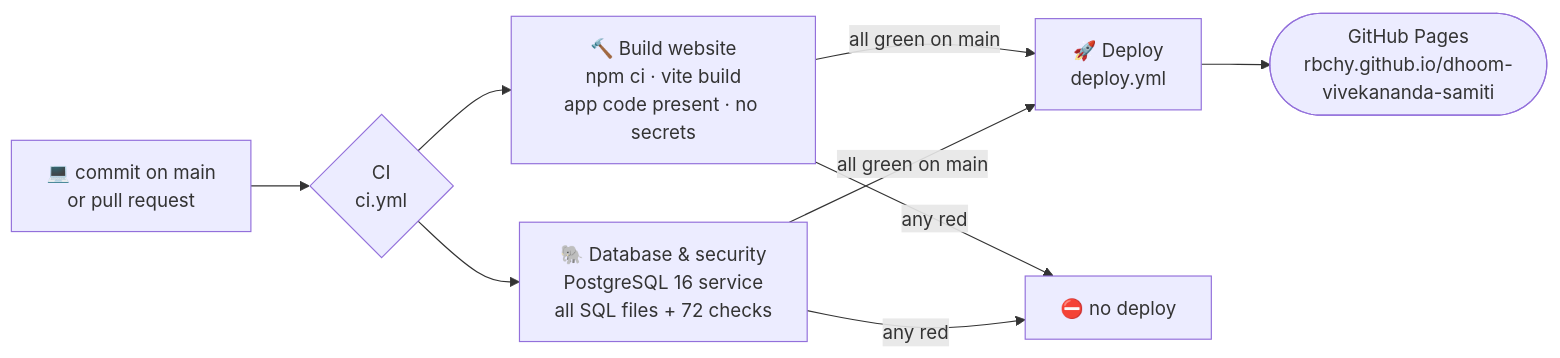
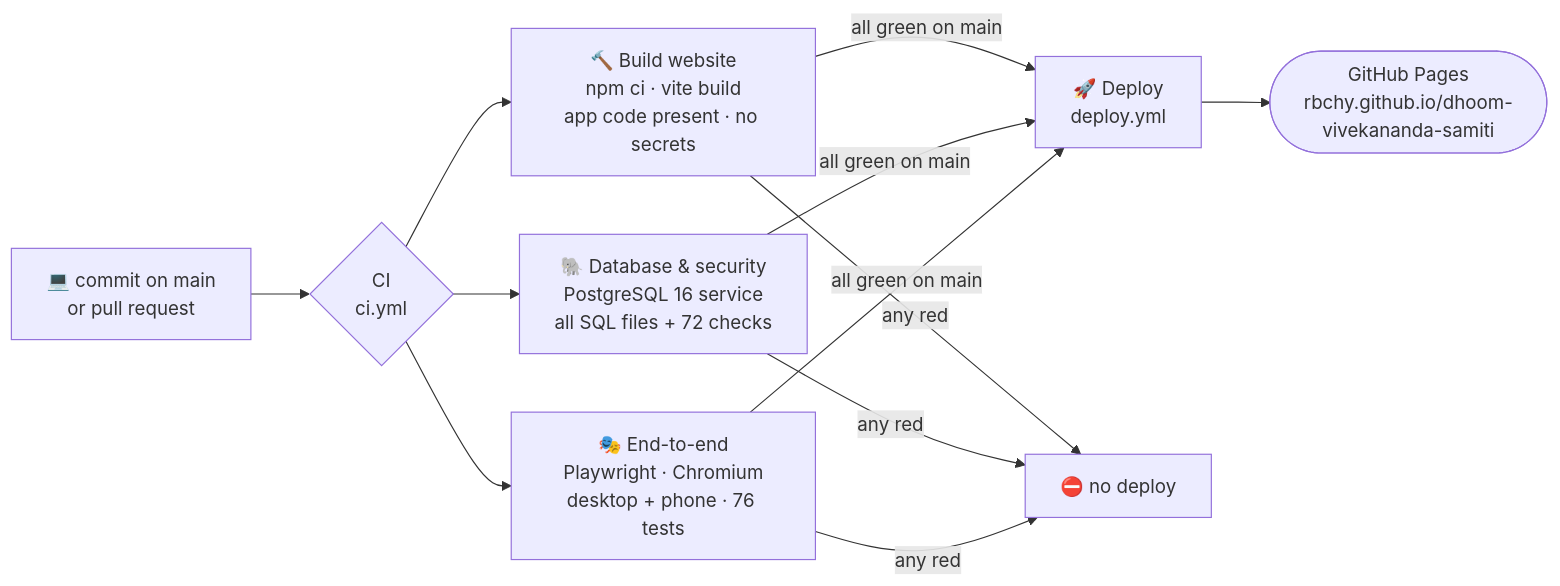
One commit to rbchy/dhoom-vivekananda-samiti changed the fifth of 7 diagrams in README.md. Above: the diagram before and after it, drawn with Mermaid. The commit also changed other lines of this file and 17 other files, not shown here.

First line of the commit message:
Playwright end-to-end tests: 76 tests on desktop and phone (#1)

````diff
--- a/README.md
+++ b/README.md
@@ -286,9 +287,10 @@
 ```mermaid
 flowchart LR
   DEV["💻 commit on main<br/>or pull request"] --> CI{"CI<br/>ci.yml"}
   CI --> J1["🔨 Build website<br/>npm ci · vite build<br/>app code present · no secrets"]
+  CI --> J3["🎭 End-to-end<br/>Playwright · Chromium<br/>desktop + phone · 76 tests"]
   CI --> J2["🐘 Database & security<br/>PostgreSQL 16 service<br/>all SQL files + 72 checks"]
-  J1 & J2 -->|all green on main| CD["🚀 Deploy<br/>deploy.yml"]
+  J1 & J2 & J3 -->|all green on main| CD["🚀 Deploy<br/>deploy.yml"]
   CD --> PAGES(["GitHub Pages<br/>rbchy.github.io/dhoom-vivekananda-samiti"])
-  J1 & J2 -->|any red| STOP["⛔ no deploy"]
+  J1 & J2 & J3 -->|any red| STOP["⛔ no deploy"]
 ```
````
